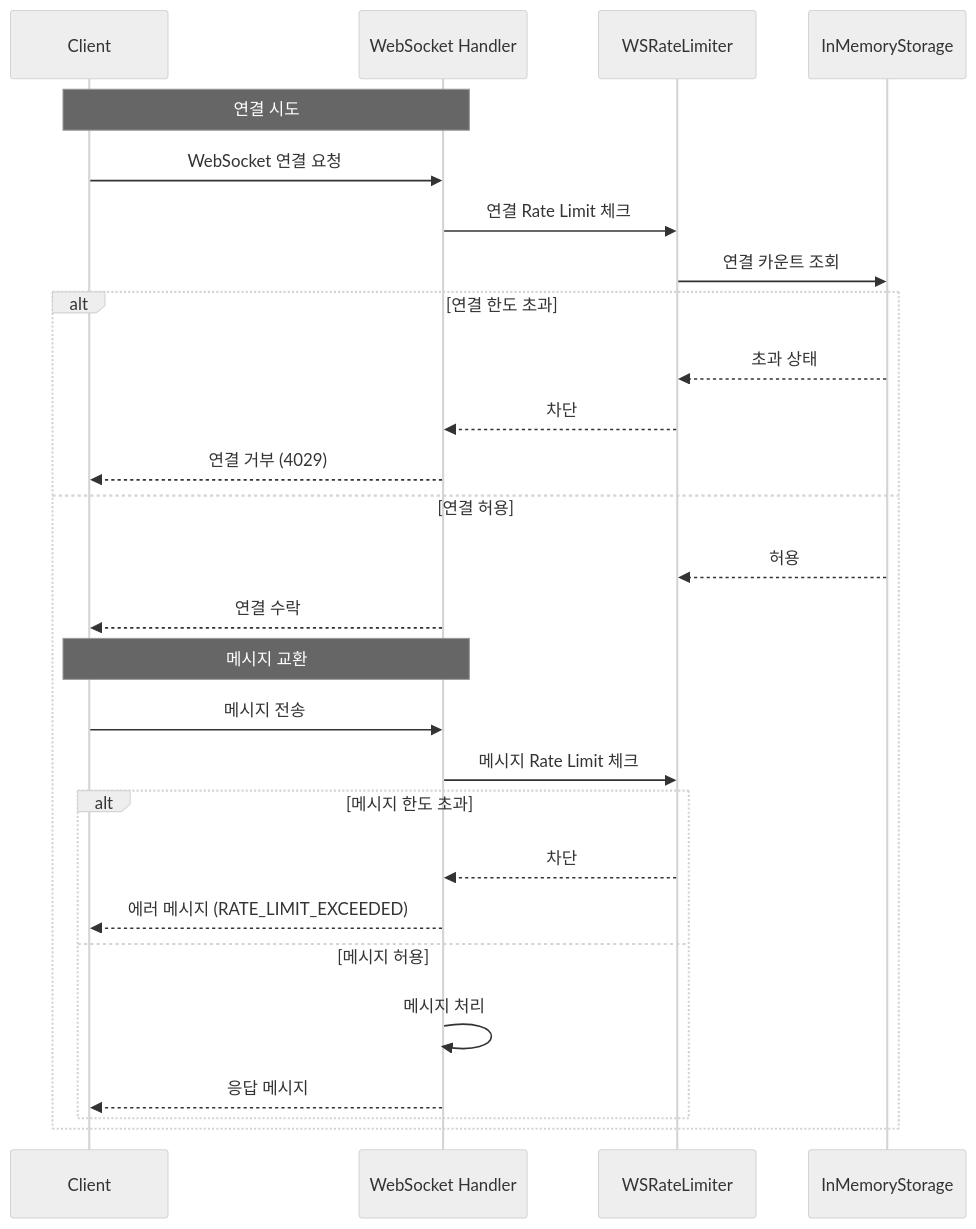
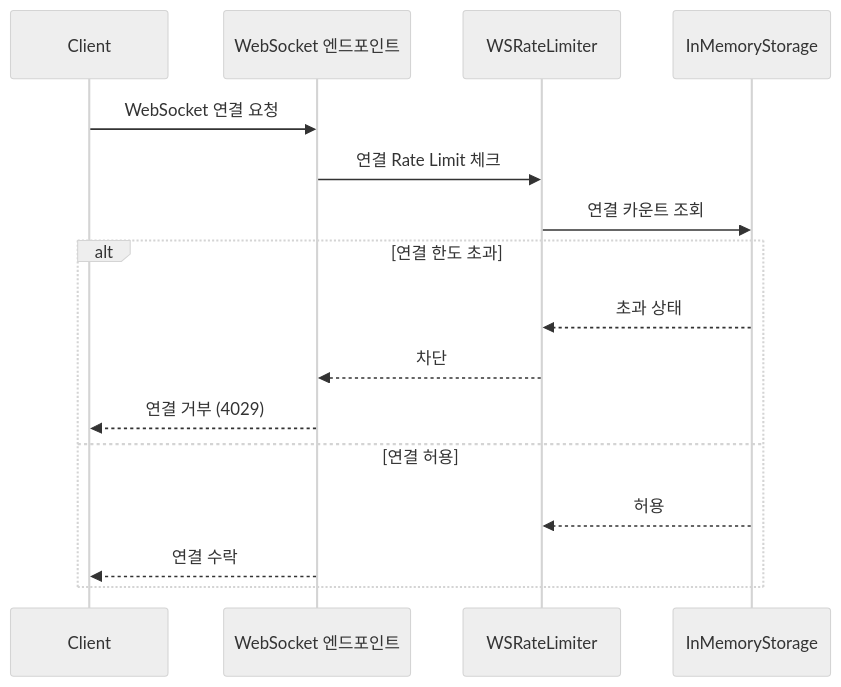
The second of 2 diagrams in docs/development/rate-limit.ko.md (onprem-hipster-timer/backend), drawn with Mermaid (neutral theme) before and after one commit. The commit also changed other lines of this file and 4 other files, not shown here.

Commit message:
docs: WebSocket 메시지 제한 설정과 WS 타이머 생성 예시를 현재 동작에 맞게 정리

````diff
--- a/docs/development/rate-limit.ko.md
+++ b/docs/development/rate-limit.ko.md
@@ -425,31 +425,19 @@
 ```mermaid
 sequenceDiagram
     participant Client
-    participant WS as WebSocket Handler
+    participant WS as WebSocket 엔드포인트
     participant Limiter as WSRateLimiter
     participant Storage as InMemoryStorage
 
-    Note over Client,WS: 연결 시도
     Client->>WS: WebSocket 연결 요청
     WS->>Limiter: 연결 Rate Limit 체크
     Limiter->>Storage: 연결 카운트 조회
     alt 연결 한도 초과
         Storage-->>Limiter: 초과 상태
         Limiter-->>WS: 차단
         WS-->>Client: 연결 거부 (4029)
     else 연결 허용
         Storage-->>Limiter: 허용
         WS-->>Client: 연결 수락
-
-        Note over Client,WS: 메시지 교환
-        Client->>WS: 메시지 전송
-        WS->>Limiter: 메시지 Rate Limit 체크
-        alt 메시지 한도 초과
-            Limiter-->>WS: 차단
-            WS-->>Client: 에러 메시지 (RATE_LIMIT_EXCEEDED)
-        else 메시지 허용
-            WS->>WS: 메시지 처리
-            WS-->>Client: 응답 메시지
-        end
     end
 ```
````
